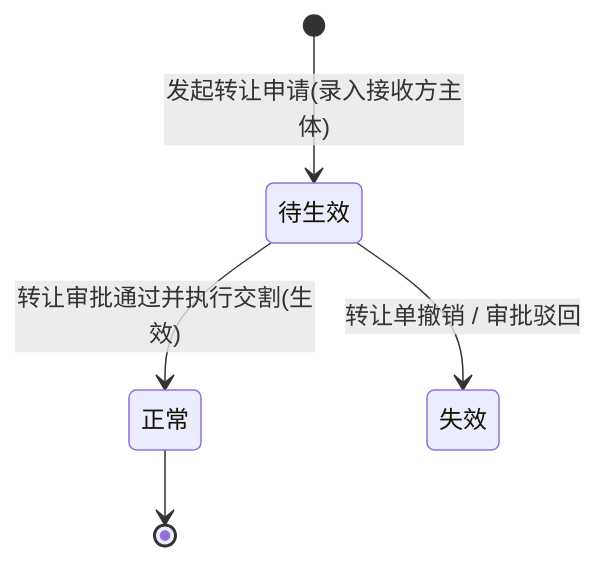
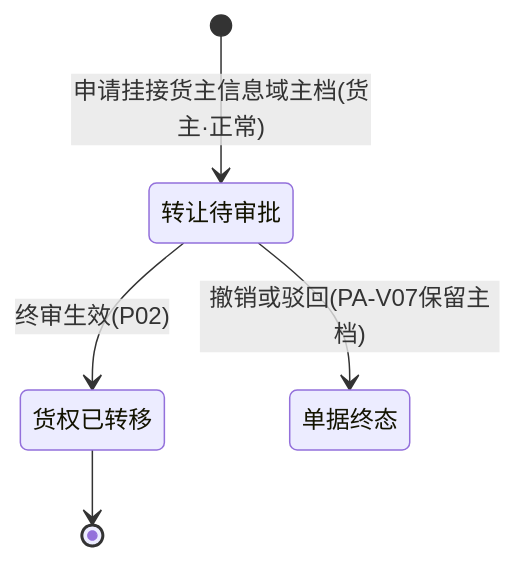
The third of 3 diagrams in 02-PRD文档/B-迭代需求/6.3版本（2026.09）/05-存量改造与关联业务协同/合作方改造-存量业务单据协同规格.md (RobertHuang999/SYZC), drawn with Mermaid before and after one commit. The commit also changed other lines of this file and 163 other files, not shown here.

````diff
--- a/02-PRD文档/B-迭代需求/6.3版本（2026.09）/05-存量改造与关联业务协同/合作方改造-存量业务单据协同规格.md
+++ b/02-PRD文档/B-迭代需求/6.3版本（2026.09）/05-存量改造与关联业务协同/合作方改造-存量业务单据协同规格.md
@@ -129,7 +146,7 @@
 ```mermaid
 stateDiagram-v2
-    [*] --> 待生效: 发起转让申请(录入接收方主体)
-    待生效 --> 正常: 转让审批通过并执行交割(生效)
-    待生效 --> 失效: 转让单撤销 / 审批驳回
-    正常 --> [*]
+    [*] --> 转让待审批: 申请挂接货主信息域主档(货主·正常)
+    转让待审批 --> 货权已转移: 终审生效(P02)
+    转让待审批 --> 单据终态: 撤销或驳回(PA-V07保留主档)
+    货权已转移 --> [*]
 ```
````
